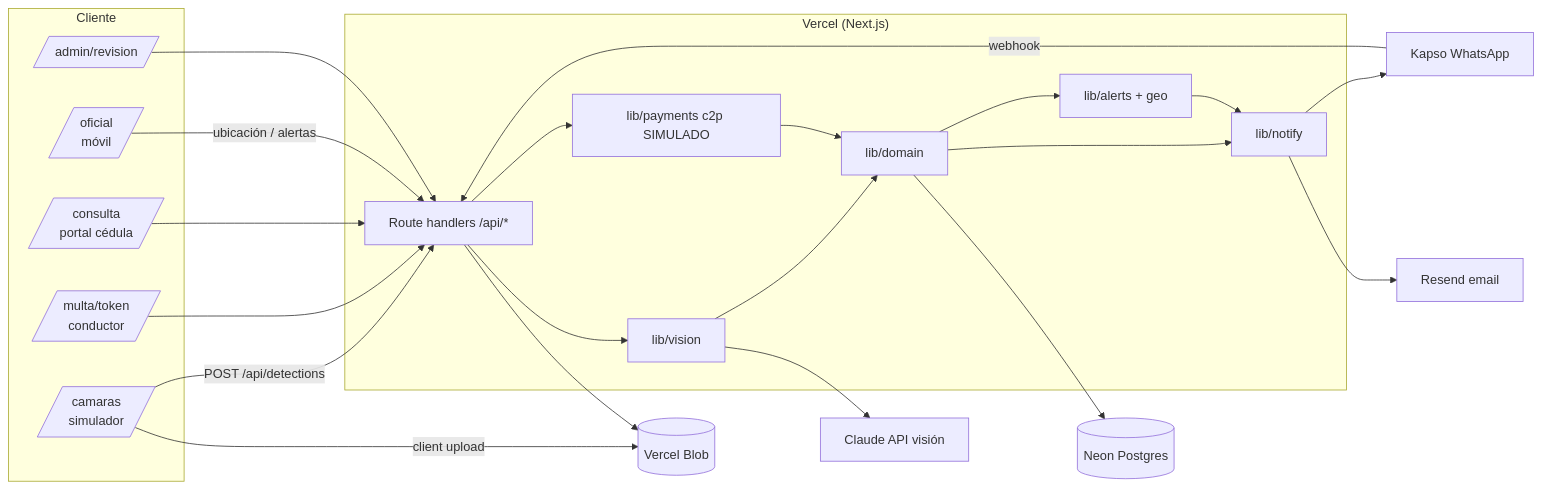
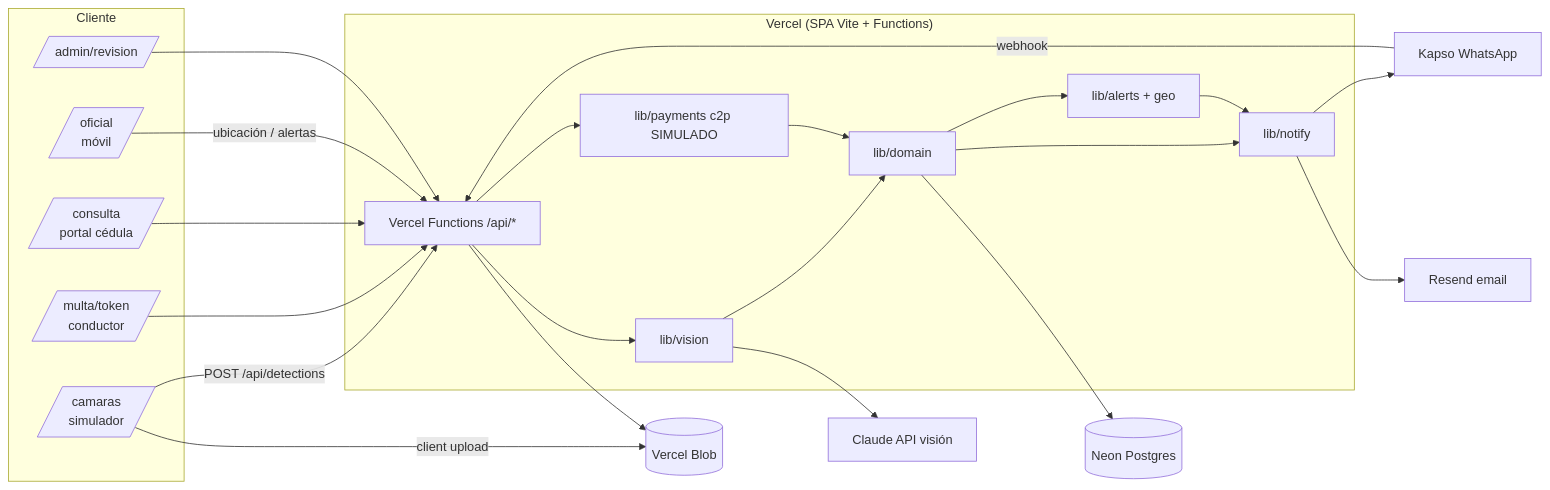
One commit to platanus-hack/platanus-hack-26-ve-team-20 changed the first of 3 diagrams in docs/02-arquitectura.md. Above: the diagram before and after it, drawn with Mermaid. The commit also changed other lines of this file and 8 other files, not shown here.

````diff
--- a/docs/02-arquitectura.md
+++ b/docs/02-arquitectura.md
@@ -17,37 +18,37 @@
 ```mermaid
 flowchart LR
   subgraph Cliente
     SIM[/camaras<br/>simulador/]
     DRV[/multa/token<br/>conductor/]
     POR[/consulta<br/>portal cédula/]
     OFF[/oficial<br/>móvil/]
     ADM[/admin/revision/]
   end
-  subgraph Vercel["Vercel (Next.js)"]
-    API[Route handlers /api/*]
+  subgraph Vercel["Vercel (SPA Vite + Functions)"]
+    API[Vercel Functions /api/*]
     VIS[lib/vision]
     DOM[lib/domain]
     NOT[lib/notify]
     PAY[lib/payments c2p SIMULADO]
     ALR[lib/alerts + geo]
   end
   BLOB[(Vercel Blob)]
   DB[(Neon Postgres)]
   CL[Claude API visión]
   KP[Kapso WhatsApp]
   RS[Resend email]
 
   SIM -- client upload --> BLOB
   SIM -- POST /api/detections --> API
   API --> VIS --> CL
   VIS --> DOM --> DB
   DOM --> NOT --> KP
   NOT --> RS
   DOM --> ALR --> NOT
   DRV --> API --> PAY --> DOM
   POR --> API
   OFF -- ubicación / alertas --> API
   ADM --> API
   KP -- webhook --> API
   API --> BLOB
 ```
````
